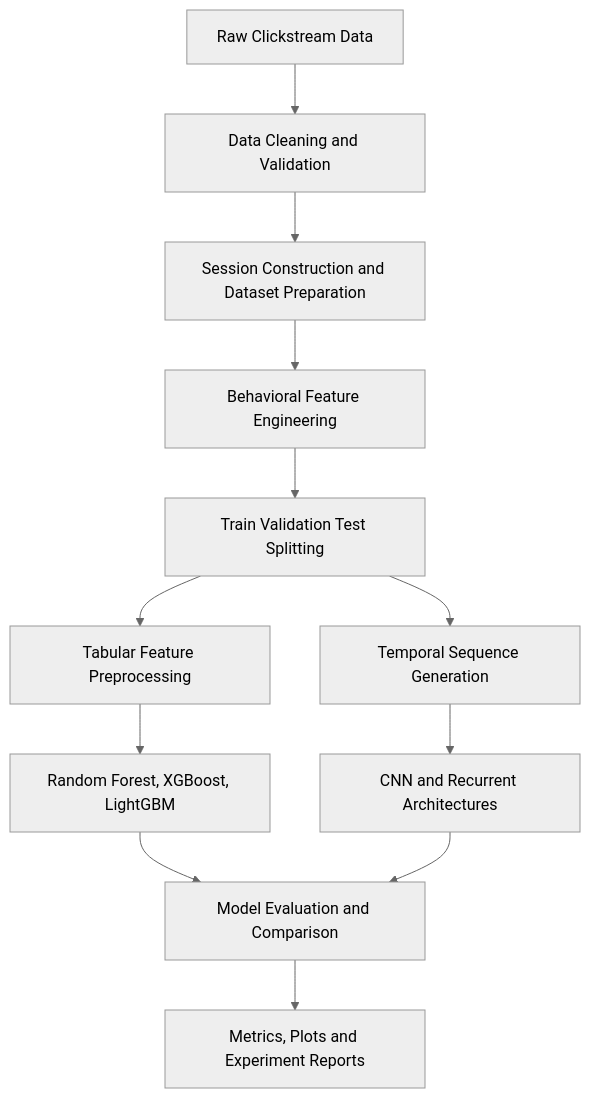
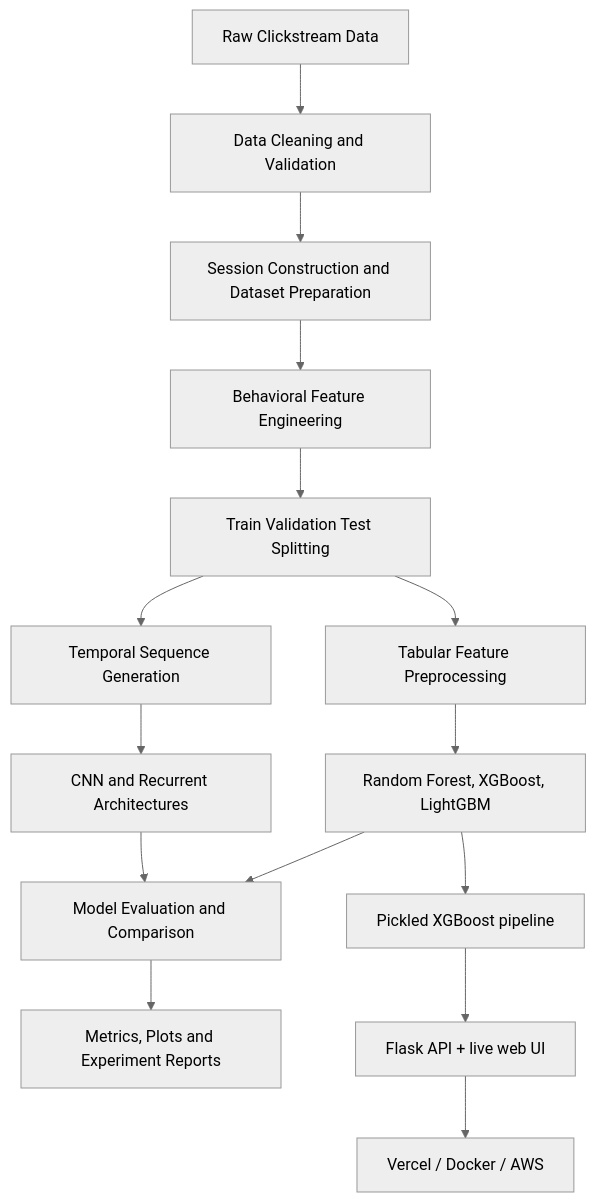
Before and after one commit to stackbyaditya/Talking-Ad-Data-for-Click-Stream: the second of 2 diagrams in README.md, drawn with Mermaid (neutral theme). The commit also changed other lines of this file, not shown here.

````diff
--- a/README.md
+++ b/README.md
@@ -57,14 +85,17 @@
 ```mermaid
 flowchart TD
     A[Raw Clickstream Data] --> B[Data Cleaning and Validation]
     B --> C[Session Construction and Dataset Preparation]
     C --> D[Behavioral Feature Engineering]
     D --> E[Train Validation Test Splitting]
     E --> F[Tabular Feature Preprocessing]
     E --> G[Temporal Sequence Generation]
     F --> H[Random Forest, XGBoost, LightGBM]
     G --> I[CNN and Recurrent Architectures]
     H --> J[Model Evaluation and Comparison]
     I --> J
     J --> K[Metrics, Plots and Experiment Reports]
+    H --> L[Pickled XGBoost pipeline]
+    L --> M[Flask API + live web UI]
+    M --> N[Vercel / Docker / AWS]
 ```
````
